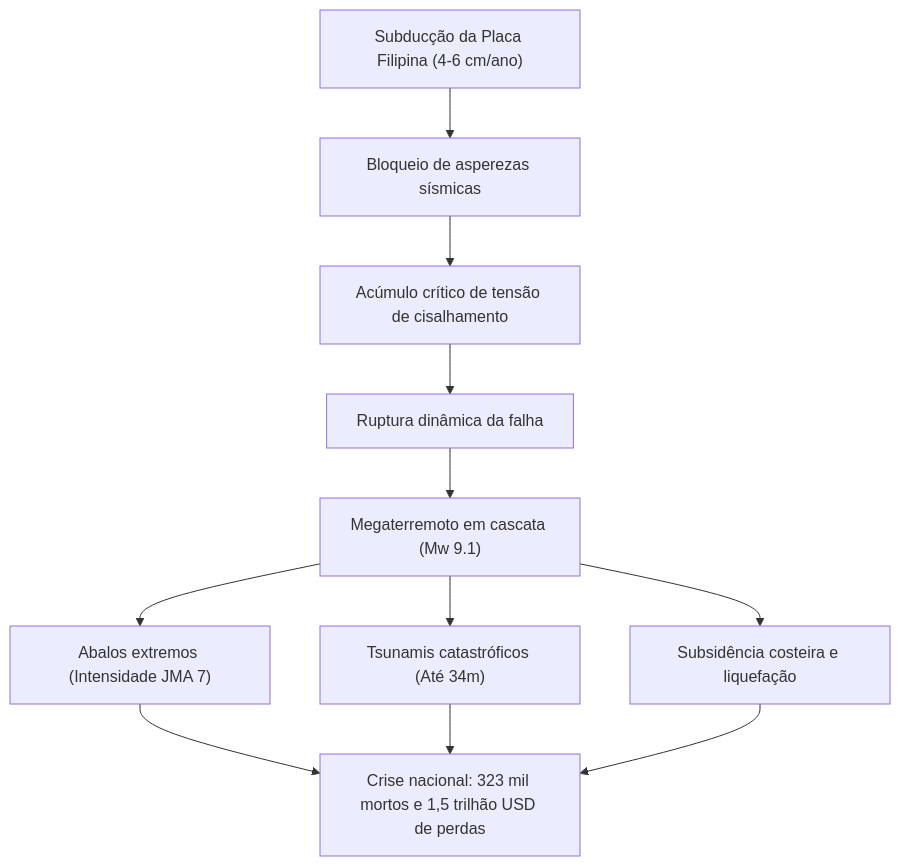
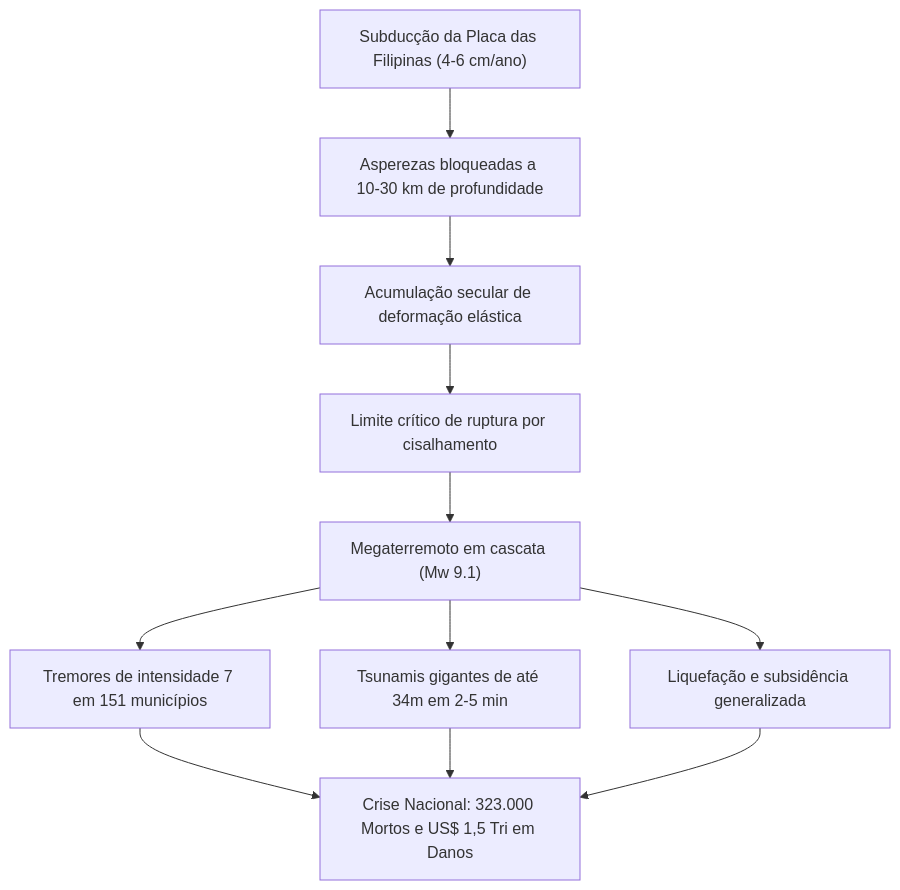
The diagram in content/post/nankai-trough-megathrust-earthquake-scientific-guide-disaster-prevention/index.pt.md (kenjinote/blog), drawn with Mermaid before and after one commit. The commit also changed other lines of this file and 12 other files, not shown here.

````diff
--- a/content/post/nankai-trough-megathrust-earthquake-scientific-guide-disaster-prevention/index.pt.md
+++ b/content/post/nankai-trough-megathrust-earthquake-scientific-guide-disaster-prevention/index.pt.md
@@ -17,13 +27,11 @@
 ```mermaid
 flowchart TD
-    P1["Subducção da Placa Filipina (4-6 cm/ano)"] --> P2["Bloqueio de asperezas sísmicas"]
-    P2 --> P3["Acúmulo crítico de tensão de cisalhamento"]
-    P3 --> P4["Ruptura dinâmica da falha"]
+    P1["Subducção da Placa das Filipinas (4-6 cm/ano)"] --> P2["Asperezas bloqueadas a 10-30 km de profundidade"]
+    P2 --> P3["Acumulação secular de deformação elástica"]
+    P3 --> P4["Limite crítico de ruptura por cisalhamento"]
     P4 --> P5["Megaterremoto em cascata (Mw 9.1)"]
-    P5 --> E1["Abalos extremos (Intensidade JMA 7)"]
-    P5 --> E2["Tsunamis catastróficos (Até 34m)"]
-    P5 --> E3["Subsidência costeira e liquefação"]
-    E1 --> TOTAL["Crise nacional: 323 mil mortos e 1,5 trilhão USD de perdas"]
-    E2 --> TOTAL
-    E3 --> TOTAL
+    P5 --> E1["Tremores de intensidade 7 em 151 municípios"]
+    P5 --> E2["Tsunamis gigantes de até 34m em 2-5 min"]
+    P5 --> E3["Liquefação e subsidência generalizada"]
+    E1 & E2 & E3 --> TOTAL["Crise Nacional: 323.000 Mortos e US$ 1,5 Tri em Danos"]
 ```
````
